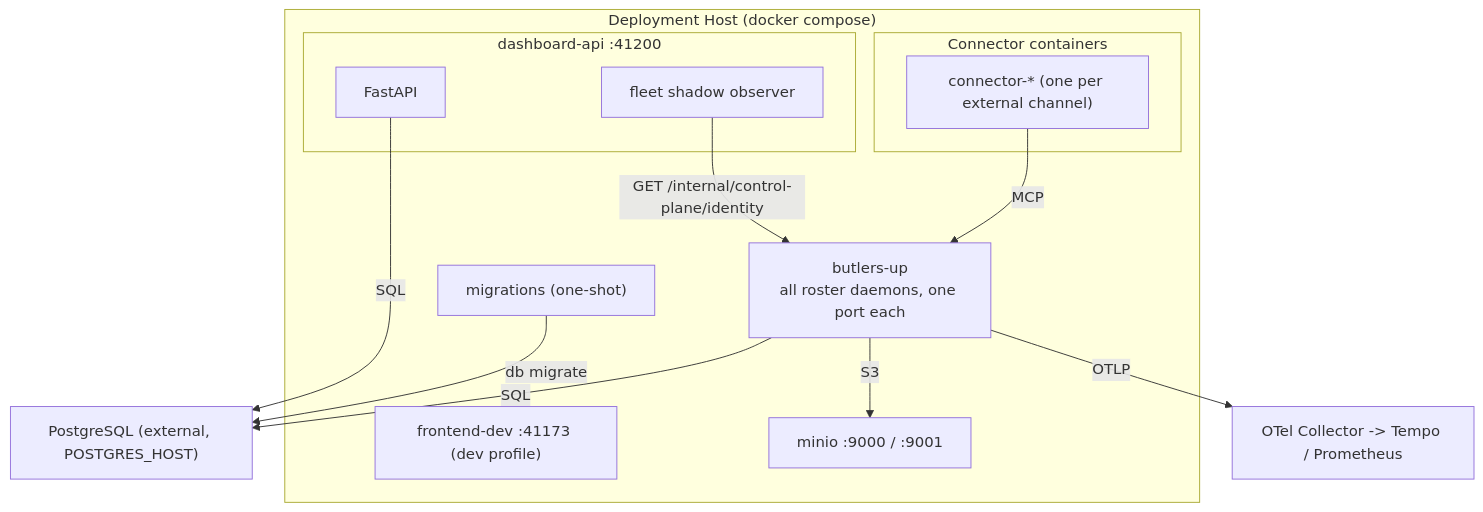
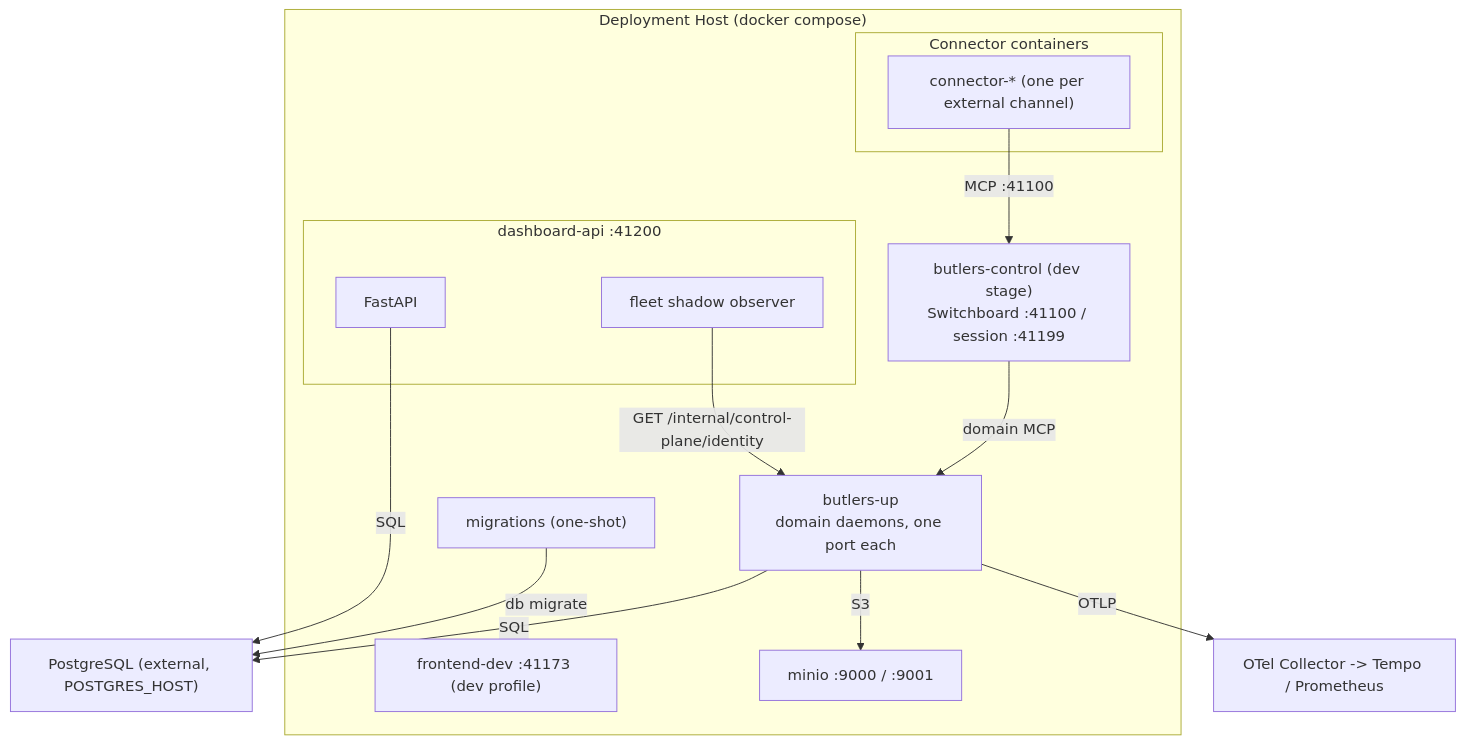
One commit to tzeusy-org/butlers changed the diagram in about/lay-and-land/deployment.md. Above: the diagram before and after it, drawn with Mermaid. The commit also changed other lines of this file and 33 other files, not shown here.

Commit message:
feat: prepare key-absent dev Switchboard control stage [bu-n7zmbp.1]

````diff
--- a/about/lay-and-land/deployment.md
+++ b/about/lay-and-land/deployment.md
@@ -15,27 +15,29 @@
 ```mermaid
 graph TB
     subgraph Host["Deployment Host (docker compose)"]
-        UP["butlers-up<br/>all roster daemons, one port each"]
+        UP["butlers-up<br/>domain daemons, one port each"]
+        CONTROL["butlers-control (dev stage)<br/>Switchboard :41100 / session :41199"]
         subgraph ConnProcs["Connector containers"]
             Conn["connector-* (one per external channel)"]
         end
         subgraph Dashboard["dashboard-api :41200"]
             API["FastAPI"]
             OBS["fleet shadow observer"]
         end
         Vite["frontend-dev :41173 (dev profile)"]
         MIG["migrations (one-shot)"]
         MinIO["minio :9000 / :9001"]
     end
 
     PG["PostgreSQL (external, POSTGRES_HOST)"]
     OTel["OTel Collector -> Tempo / Prometheus"]
 
-    Conn -- "MCP" --> UP
+    Conn -- "MCP :41100" --> CONTROL
+    CONTROL -- "domain MCP" --> UP
     OBS -- "GET /internal/control-plane/identity" --> UP
     API -- "SQL" --> PG
     UP -- "SQL" --> PG
     MIG -- "db migrate" --> PG
     UP -- "S3" --> MinIO
     UP -- "OTLP" --> OTel
 ```
````
